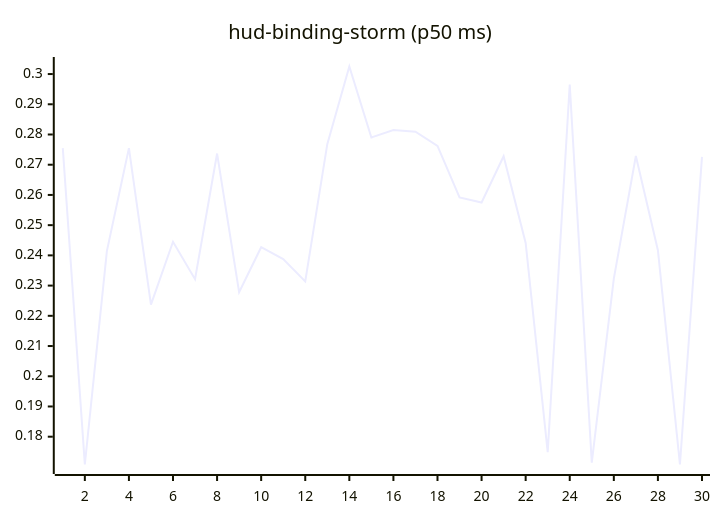
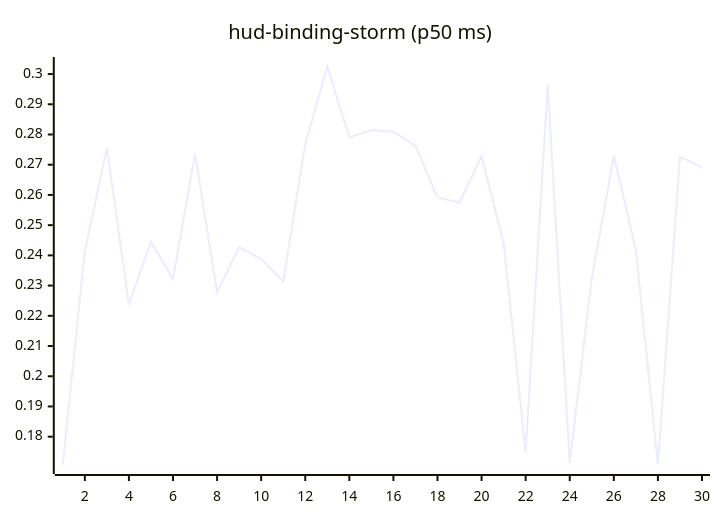
Before and after one commit to josha/Facet: the tenth of 27 diagrams in README.md, drawn with Mermaid. The commit also changed other lines of this file and 2 other files, not shown here.

````diff
--- a/README.md
+++ b/README.md
@@ -126,6 +126,6 @@
 ```mermaid
 xychart-beta
     title "hud-binding-storm (p50 ms)"
     x-axis 1 --> 30
-    line [0.2755, 0.1708, 0.2414, 0.2755, 0.2237, 0.2445, 0.2321, 0.2737, 0.2278, 0.2427, 0.2388, 0.2314, 0.2768, 0.3025, 0.2790, 0.2815, 0.2809, 0.2762, 0.2592, 0.2575, 0.2728, 0.2441, 0.1749, 0.2965, 0.1714, 0.2323, 0.2729, 0.2417, 0.1708, 0.2726]
+    line [0.1708, 0.2414, 0.2755, 0.2237, 0.2445, 0.2321, 0.2737, 0.2278, 0.2427, 0.2388, 0.2314, 0.2768, 0.3025, 0.2790, 0.2815, 0.2809, 0.2762, 0.2592, 0.2575, 0.2728, 0.2441, 0.1749, 0.2965, 0.1714, 0.2323, 0.2729, 0.2417, 0.1708, 0.2726, 0.2692]
 ```
````
